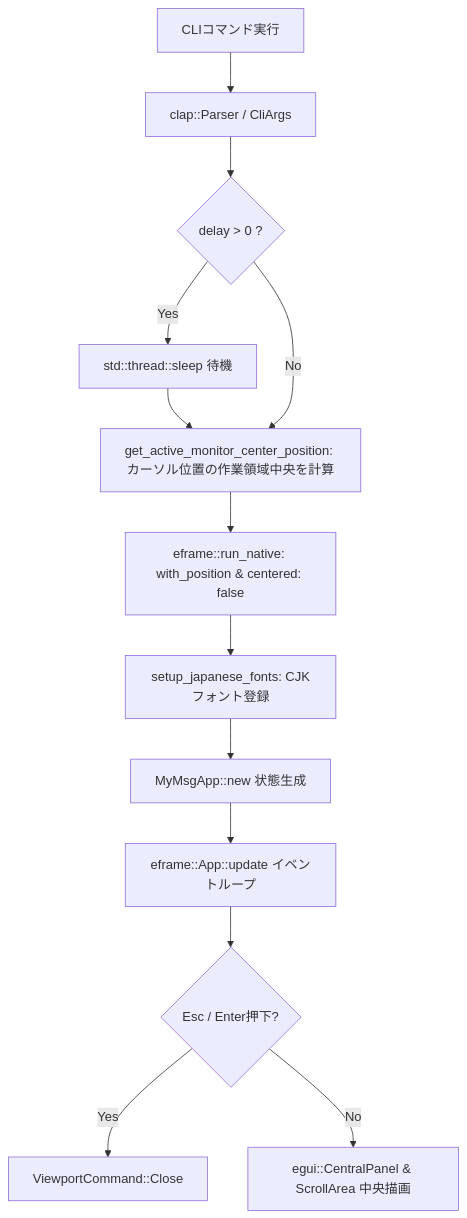
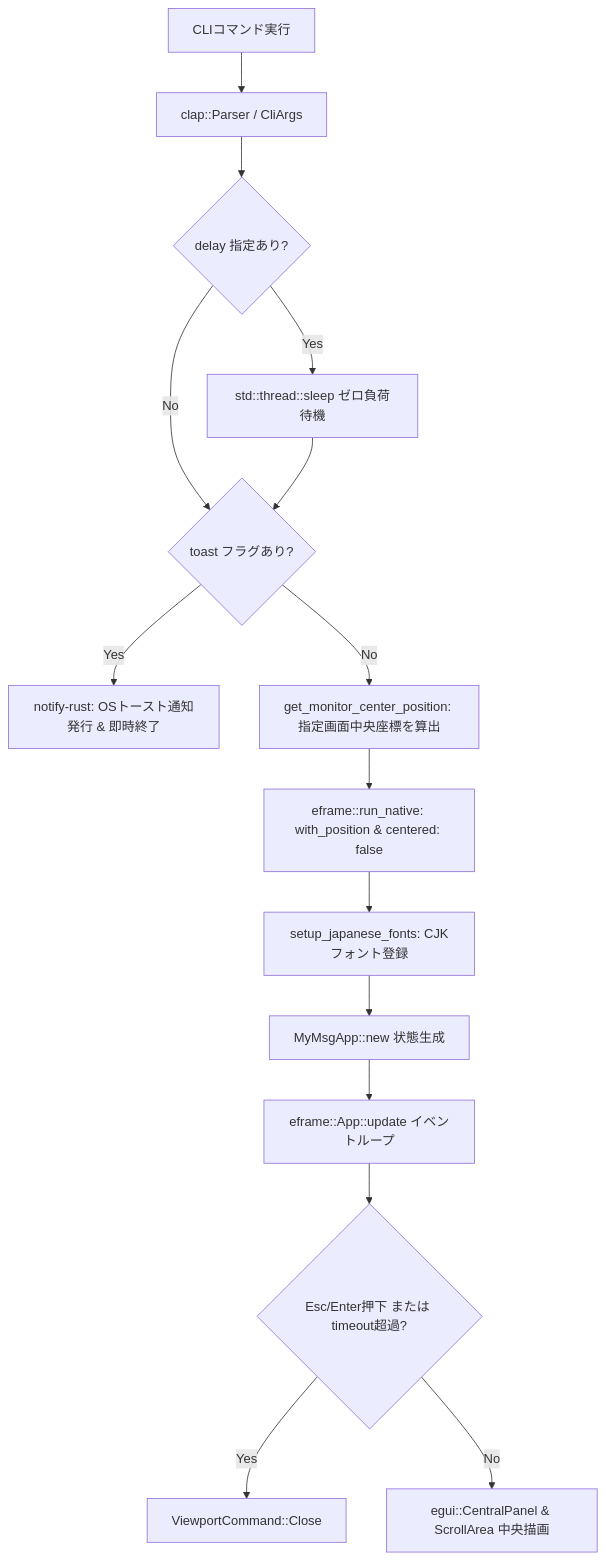
The first of 2 diagrams in docs/ja/ARCHITECTURE.md (tkshnkgwr/MyMsg), drawn with Mermaid before and after one commit. The commit also changed other lines of this file and 24 other files, not shown here.

First line of the commit message:
feat: Add --monitor, --timeout, --toast options and time-of-day delay support

````diff
--- a/docs/ja/ARCHITECTURE.md
+++ b/docs/ja/ARCHITECTURE.md
@@ -11,15 +11,17 @@
 ```mermaid
 graph TD
     CLI[CLIコマンド実行] --> ArgParser[clap::Parser / CliArgs]
-    ArgParser --> DelayCheck{delay > 0 ?}
-    DelayCheck -- Yes --> Sleep[std::thread::sleep 待機]
-    Sleep --> MonDetect[get_active_monitor_center_position: カーソル位置の作業領域中央を計算]
-    DelayCheck -- No --> MonDetect
+    ArgParser --> DelayCheck{delay 指定あり?}
+    DelayCheck -- Yes --> Sleep[std::thread::sleep ゼロ負荷待機]
+    DelayCheck -- No --> ToastCheck
+    Sleep --> ToastCheck{toast フラグあり?}
+    ToastCheck -- Yes --> SendToast[notify-rust: OSトースト通知発行 & 即時終了]
+    ToastCheck -- No --> MonDetect[get_monitor_center_position: 指定画面中央座標を算出]
     MonDetect --> WinInit[eframe::run_native: with_position & centered: false]
     WinInit --> FontSetup[setup_japanese_fonts: CJKフォント登録]
     FontSetup --> AppState[MyMsgApp::new 状態生成]
     AppState --> EventLoop[eframe::App::update イベントループ]
-    EventLoop --> KeyCheck{Esc / Enter押下?}
+    EventLoop --> KeyCheck{Esc/Enter押下 または timeout超過?}
     KeyCheck -- Yes --> CloseCmd[ViewportCommand::Close]
     KeyCheck -- No --> Render[egui::CentralPanel & ScrollArea 中央描画]
 ```
````
